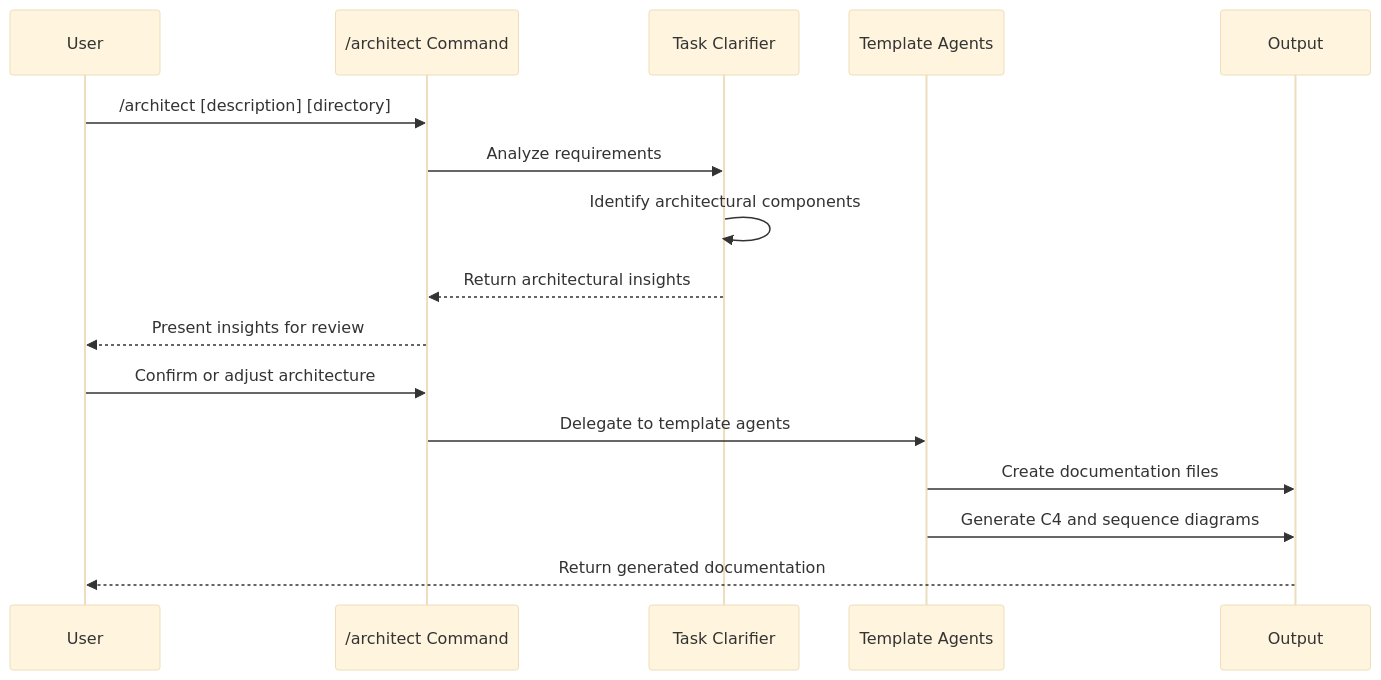
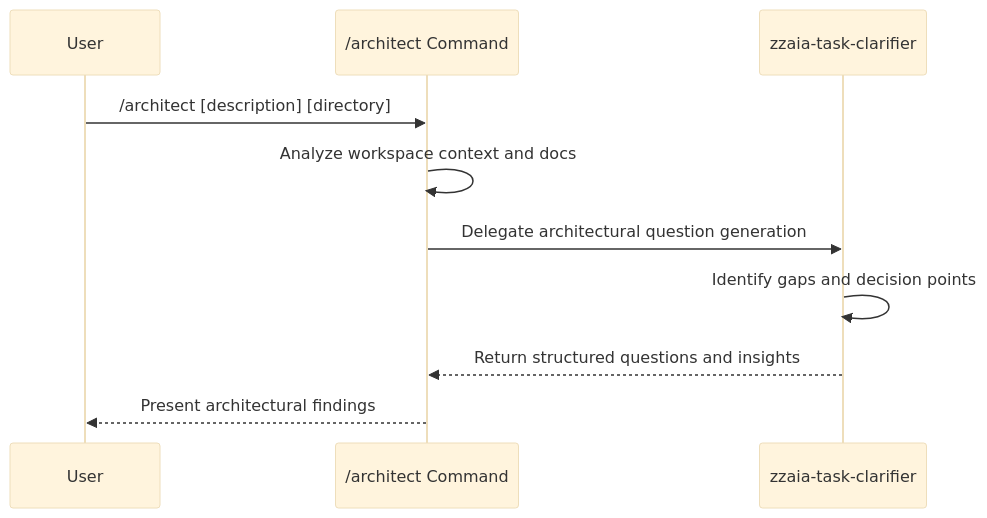
The diagram in .claude/commands/management/architect.md (zzaia/zzaia-agentic-workspace), drawn with Mermaid (base theme) before and after one commit. The commit also changed other lines of this file, not shown here.

Commit message:
Simplify the architect command;

````diff
--- a/.claude/commands/management/architect.md
+++ b/.claude/commands/management/architect.md
@@ -56,19 +45,13 @@
 ```mermaid
 sequenceDiagram
     participant U as User
     participant C as /architect Command
-    participant TC as Task Clarifier
-    participant TA as Template Agents
-    participant O as Output
+    participant TC as zzaia-task-clarifier
 
     U->>C: /architect [description] [directory]
-    C->>TC: Analyze requirements
-    TC->>TC: Identify architectural components
-    TC-->>C: Return architectural insights
-    C-->>U: Present insights for review
-    U->>C: Confirm or adjust architecture
-    C->>TA: Delegate to template agents
-    TA->>O: Create documentation files
-    TA->>O: Generate C4 and sequence diagrams
-    O-->>U: Return generated documentation
+    C->>C: Analyze workspace context and docs
+    C->>TC: Delegate architectural question generation
+    TC->>TC: Identify gaps and decision points
+    TC-->>C: Return structured questions and insights
+    C-->>U: Present architectural findings
 ```
````
